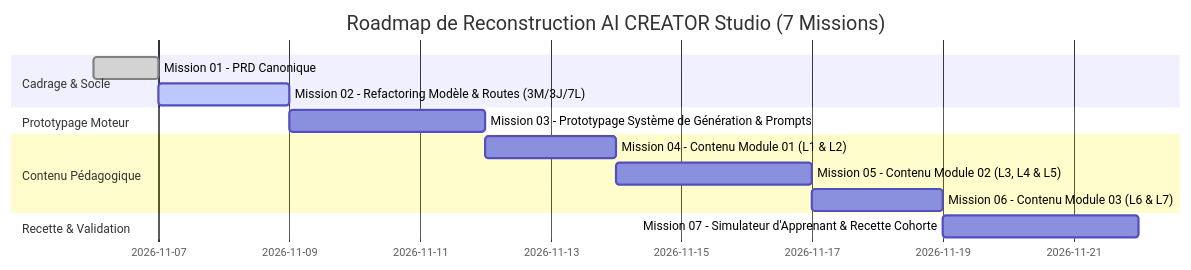
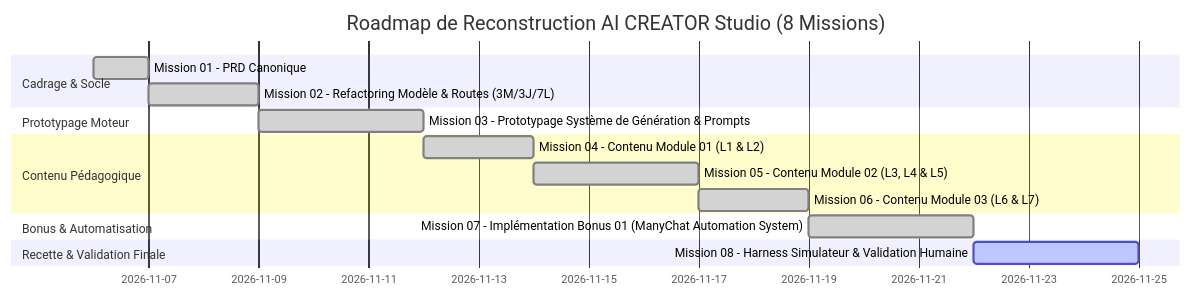
Diagram 11 of 11 in docs/COURSE_PRD.md (Kreesten-hsh/AI_CREATOR_STUDIO), drawn with Mermaid before and after one commit. The commit also changed other lines of this file and 39 other files, not shown here.

First line of the commit message:
feat(bonus): implement ManyChat automation system with compliance patch (missions 07 & 07-a)

````diff
--- a/docs/COURSE_PRD.md
+++ b/docs/COURSE_PRD.md
@@ -1010,16 +1028,18 @@
 ```mermaid
 gantt
-    title Roadmap de Reconstruction AI CREATOR Studio (7 Missions)
+    title Roadmap de Reconstruction AI CREATOR Studio (8 Missions)
     dateFormat  YYYY-MM-DD
     section Cadrage & Socle
     Mission 01 - PRD Canonique :done, m1, 2026-11-06, 1d
-    Mission 02 - Refactoring Modèle & Routes (3M/3J/7L) :active, m2, after m1, 2d
+    Mission 02 - Refactoring Modèle & Routes (3M/3J/7L) :done, m2, after m1, 2d
     section Prototypage Moteur
-    Mission 03 - Prototypage Système de Génération & Prompts :m3, after m2, 3d
+    Mission 03 - Prototypage Système de Génération & Prompts :done, m3, after m2, 3d
     section Contenu Pédagogique
-    Mission 04 - Contenu Module 01 (L1 & L2) :m4, after m3, 2d
-    Mission 05 - Contenu Module 02 (L3, L4 & L5) :m5, after m4, 3d
-    Mission 06 - Contenu Module 03 (L6 & L7) :m6, after m5, 2d
-    section Recette & Validation
-    Mission 07 - Simulateur d'Apprenant & Recette Cohorte :m7, after m6, 3d
+    Mission 04 - Contenu Module 01 (L1 & L2) :done, m4, after m3, 2d
+    Mission 05 - Contenu Module 02 (L3, L4 & L5) :done, m5, after m4, 3d
+    Mission 06 - Contenu Module 03 (L6 & L7) :done, m6, after m5, 2d
+    section Bonus & Automatisation
+    Mission 07 - Implémentation Bonus 01 (ManyChat Automation System) :done, m7, after m6, 3d
+    section Recette & Validation Finale
+    Mission 08 - Harness Simulateur & Validation Humaine :active, m8, after m7, 3d
 ```
````
